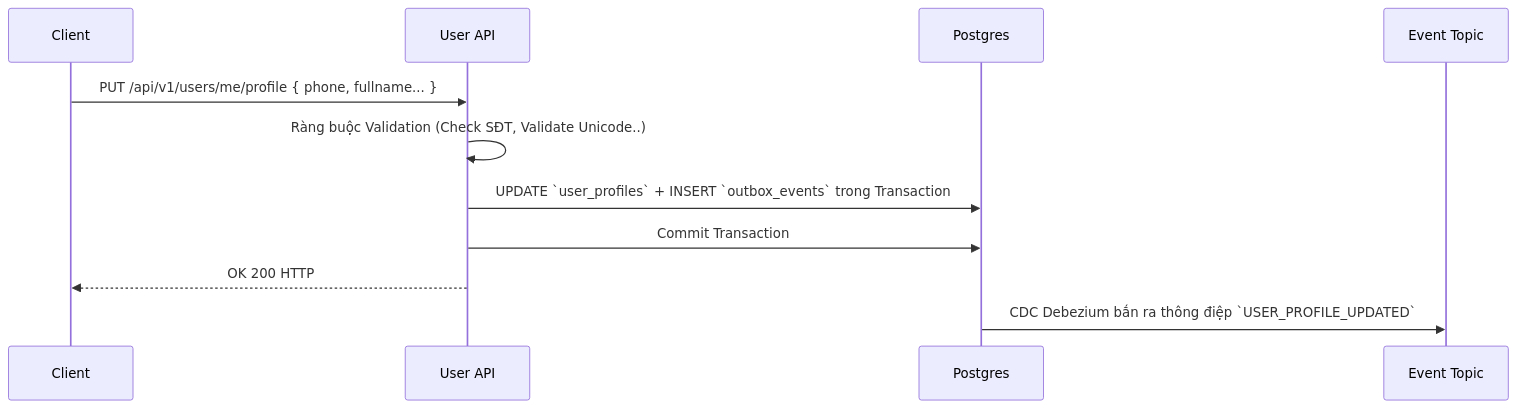
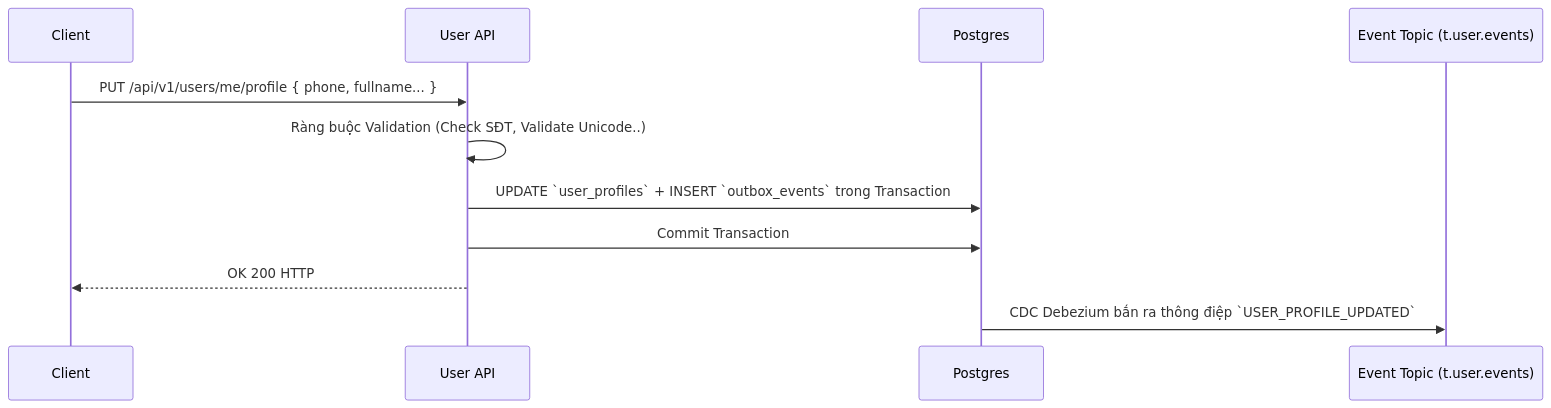
Before and after one commit to quangdung2110/e-commerce-microservices: the seventh of 12 diagrams in docs/user/user_workflows.md, drawn with Mermaid. The commit also changed other lines of this file and 27 other files, not shown here.

````diff
--- a/docs/user/user_workflows.md
+++ b/docs/user/user_workflows.md
@@ -69,15 +192,15 @@
 ```mermaid
 sequenceDiagram
     participant App as Client
     participant API as User API
     participant DB as Postgres
-    participant Kafka as Event Topic
+    participant Kafka as Event Topic (t.user.events)
 
     App->>API: PUT /api/v1/users/me/profile { phone, fullname... }
     API->>API: Ràng buộc Validation (Check SĐT, Validate Unicode..)
     API->>DB: UPDATE `user_profiles` + INSERT `outbox_events` trong Transaction
     API->>DB: Commit Transaction
     API-->>App: OK 200 HTTP
 
     DB->>Kafka: CDC Debezium bắn ra thông điệp `USER_PROFILE_UPDATED`
 ```
````
